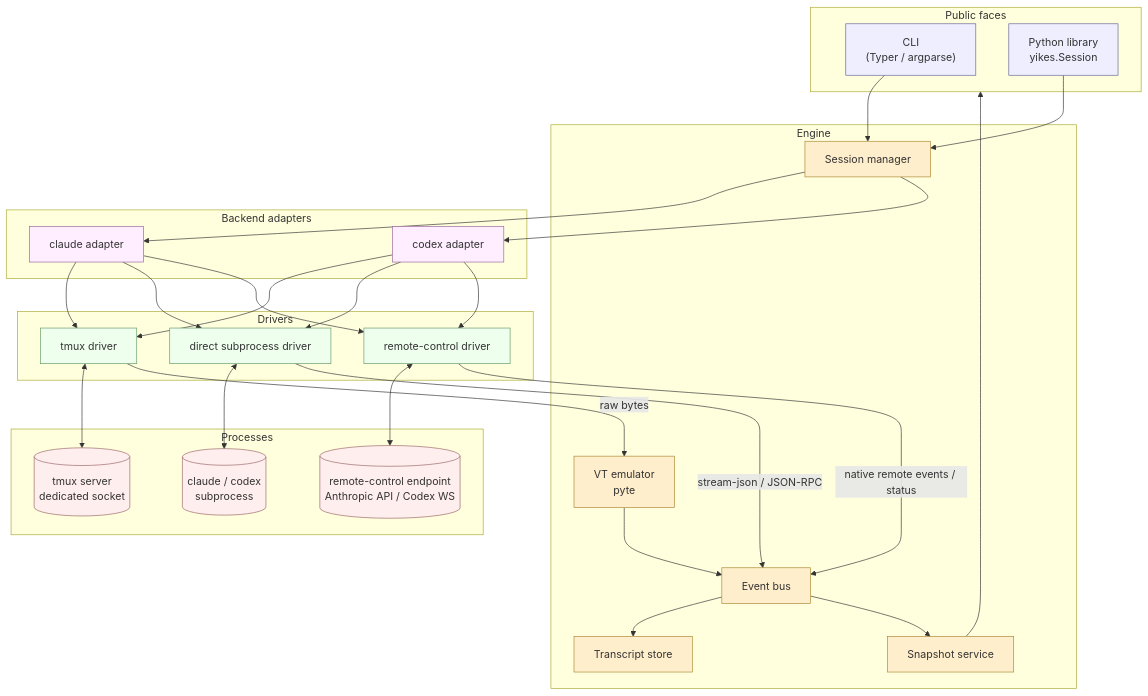
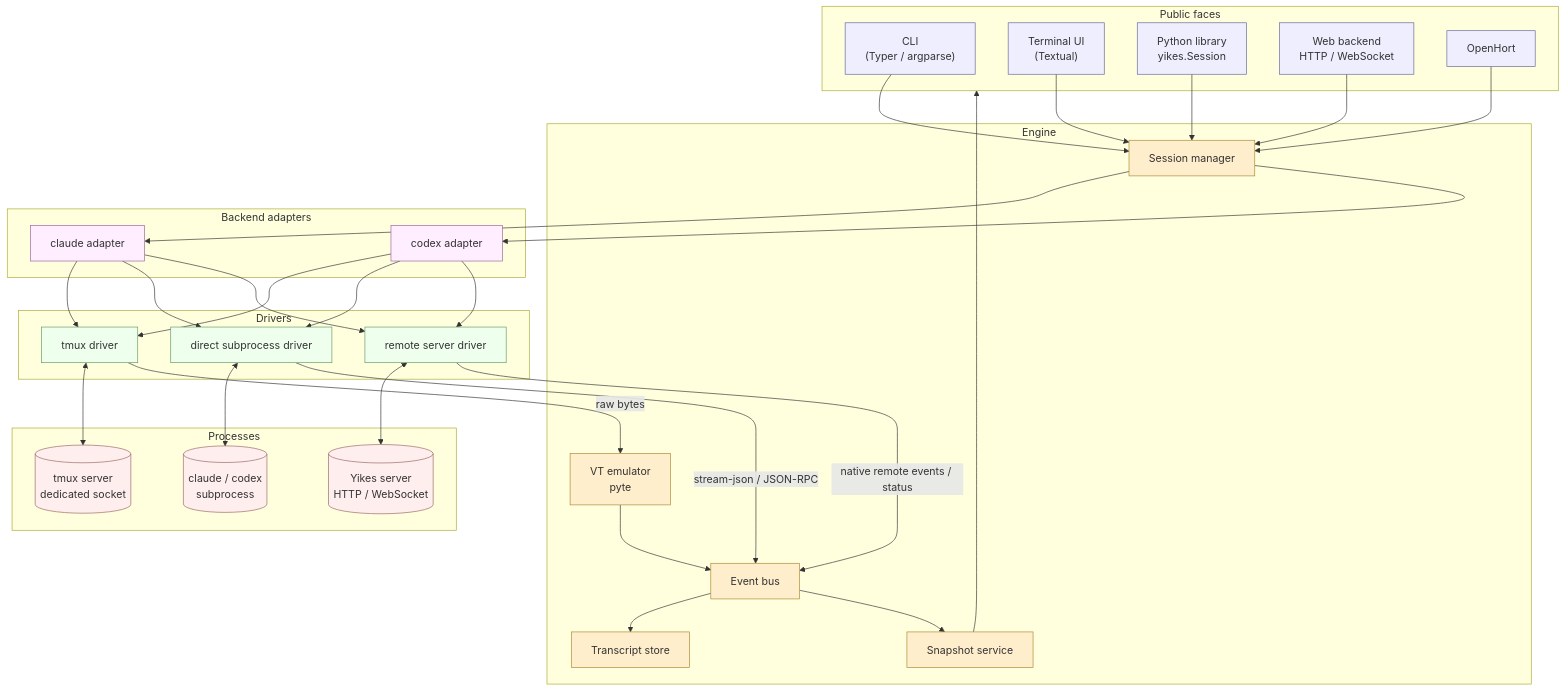
One commit to Alyxion/yikes changed the first of 7 diagrams in docs/architecture.md. Above: the diagram before and after it, drawn with Mermaid. The commit also changed other lines of this file and 40 other files, not shown here.

````diff
--- a/docs/architecture.md
+++ b/docs/architecture.md
@@ -7,65 +7,71 @@
 ```mermaid
 flowchart TB
     subgraph faces[Public faces]
         cli["CLI<br/>(Typer / argparse)"]
+        tui["Terminal UI<br/>(Textual)"]
         pylib["Python library<br/>yikes.Session"]
+        web["Web backend<br/>HTTP / WebSocket"]
+        oh["OpenHort"]
     end
 
     subgraph engine[Engine]
         ses[Session manager]
         evbus[Event bus]
         tx[Transcript store]
         snap[Snapshot service]
         emul[VT emulator<br/>pyte]
     end
 
     subgraph adapters[Backend adapters]
         ca[claude adapter]
         coa[codex adapter]
     end
 
     subgraph drivers[Drivers]
         dtmux[tmux driver]
         ddirect[direct subprocess driver]
-        dremote[remote-control driver]
+        dremote[remote server driver]
     end
 
     subgraph proc[Processes]
         ptmux[(tmux server<br/>dedicated socket)]
         pdirect[(claude / codex<br/>subprocess)]
-        premote[(remote-control endpoint<br/>Anthropic API / Codex WS)]
+        premote[(Yikes server<br/>HTTP / WebSocket)]
     end
 
     cli --> ses
+    tui --> ses
     pylib --> ses
+    web --> ses
+    oh --> ses
     ses --> ca
     ses --> coa
     ca --> dtmux
     ca --> ddirect
     ca --> dremote
     coa --> dtmux
     coa --> ddirect
     coa --> dremote
     dtmux <--> ptmux
     ddirect <--> pdirect
     dremote <--> premote
 
     dtmux -->|raw bytes| emul
     ddirect -->|stream-json / JSON-RPC| evbus
     dremote -->|native remote events / status| evbus
     emul --> evbus
     evbus --> tx
     evbus --> snap
     snap --> faces
 
     classDef face fill:#eef,stroke:#669
     classDef eng fill:#fec,stroke:#a83
     classDef adap fill:#fef,stroke:#969
     classDef drv fill:#efe,stroke:#696
     classDef pr fill:#fee,stroke:#966
-    class cli,pylib face
+    class cli,tui,pylib,web,oh face
     class ses,evbus,tx,snap,emul eng
     class ca,coa adap
     class dtmux,ddirect,dremote drv
     class ptmux,pdirect,premote pr
 ```
````
